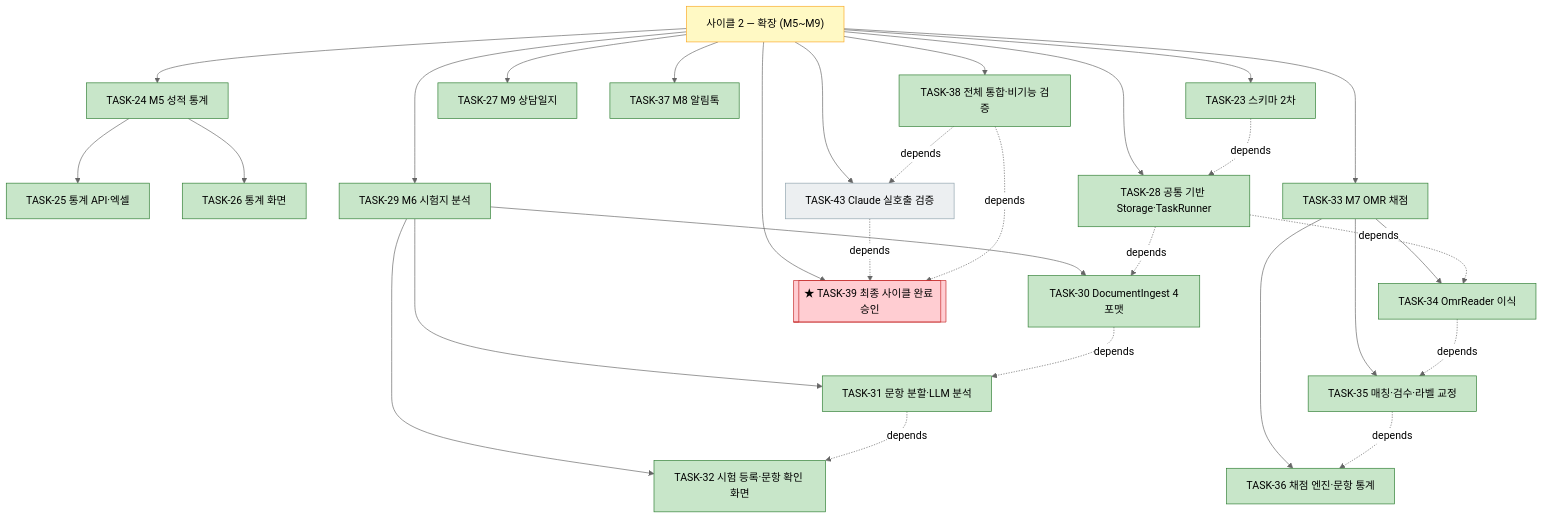
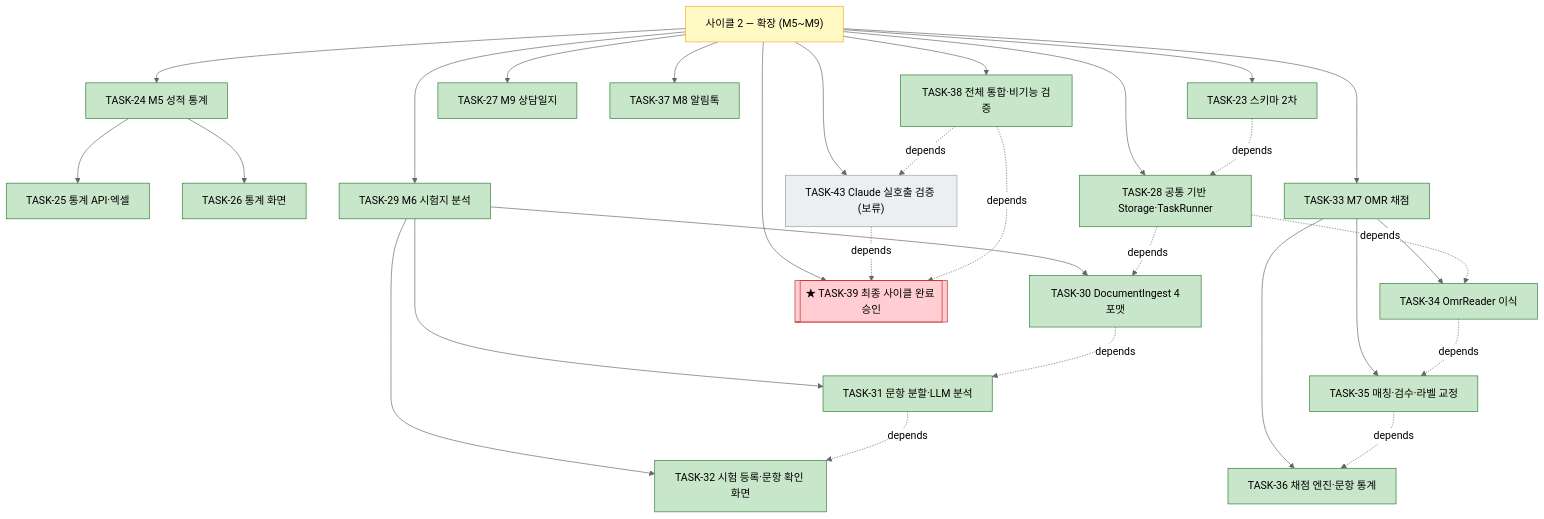
Before and after one commit to bluesky5008/mathdesk: the third of 4 diagrams in docs/plan.md, drawn with Mermaid (neutral theme). The commit also changed other lines of this file and 3 other files, not shown here.

````diff
--- a/docs/plan.md
+++ b/docs/plan.md
@@ -184,36 +184,36 @@
 ```mermaid
 flowchart TD
     C2["사이클 2 — 확장 (M5~M9)"]:::active
     C2 --> T23["TASK-23 스키마 2차"]:::done
     C2 --> T24["TASK-24 M5 성적 통계"]:::done
     T24 --> T25["TASK-25 통계 API·엑셀"]:::done
     T24 --> T26["TASK-26 통계 화면"]:::done
     C2 --> T27["TASK-27 M9 상담일지"]:::done
     C2 --> T28["TASK-28 공통 기반 Storage·TaskRunner"]:::done
     C2 --> T29["TASK-29 M6 시험지 분석"]:::done
     T29 --> T30["TASK-30 DocumentIngest 4포맷"]:::done
     T29 --> T31["TASK-31 문항 분할·LLM 분석"]:::done
     T29 --> T32["TASK-32 시험 등록·문항 확인 화면"]:::done
     C2 --> T33["TASK-33 M7 OMR 채점"]:::done
     T33 --> T34["TASK-34 OmrReader 이식"]:::done
     T33 --> T35["TASK-35 매칭·검수·라벨 교정"]:::done
     T33 --> T36["TASK-36 채점 엔진·문항 통계"]:::done
     C2 --> T37["TASK-37 M8 알림톡"]:::done
     C2 --> T38["TASK-38 전체 통합·비기능 검증"]:::done
-    C2 --> T43["TASK-43 Claude 실호출 검증"]:::todo
+    C2 --> T43["TASK-43 Claude 실호출 검증 (보류)"]:::todo
     C2 --> T39[["★ TASK-39 최종 사이클 완료 승인"]]:::gate
     T23 -. depends .-> T28
     T28 -. depends .-> T30
     T30 -. depends .-> T31
     T31 -. depends .-> T32
     T28 -. depends .-> T34
     T34 -. depends .-> T35
     T35 -. depends .-> T36
     T38 -. depends .-> T43
     T43 -. depends .-> T39
     T38 -. depends .-> T39
     classDef done fill:#c8e6c9,stroke:#2e7d32
     classDef active fill:#fff9c4,stroke:#f9a825
     classDef todo fill:#eceff1,stroke:#90a4ae
     classDef gate fill:#ffcdd2,stroke:#c62828
 ```
````
